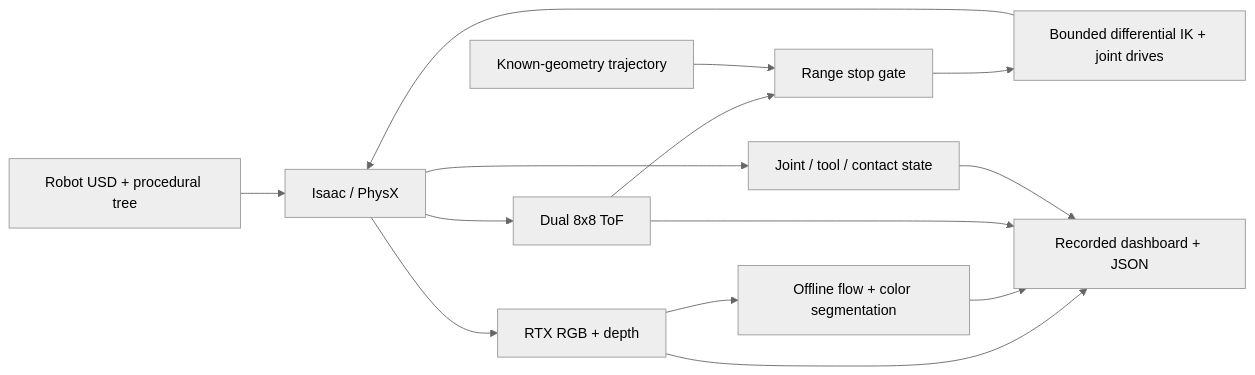
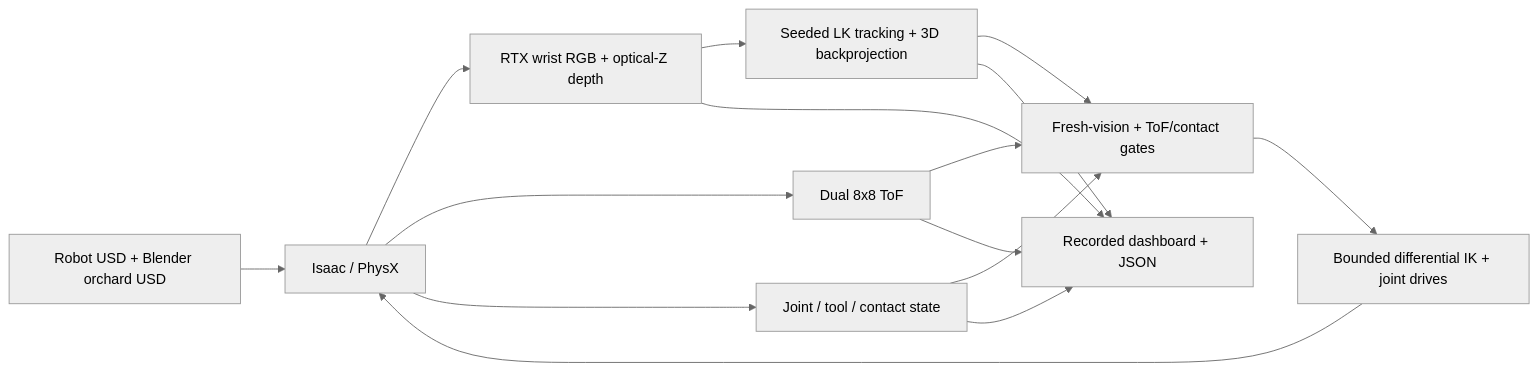
Before and after one commit to joses2017smjh/isaac-sim-pruning-workflow: the diagram in README.md, drawn with Mermaid (neutral theme). The commit also changed other lines of this file and 24 other files, not shown here.

````diff
--- a/README.md
+++ b/README.md
@@ -59,16 +59,17 @@
 ```mermaid
 flowchart LR
-    G[Robot USD + procedural tree] --> P[Isaac / PhysX]
+    G[Robot USD + Blender orchard USD] --> P[Isaac / PhysX]
+    P --> R[RTX wrist RGB + optical-Z depth]
+    R --> V[Seeded LK tracking + 3D backprojection]
+    V --> S[Fresh-vision + ToF/contact gates]
     P --> T[Dual 8x8 ToF]
-    T --> S[Range stop gate]
-    K[Known-geometry trajectory] --> S
+    T --> S
+    P --> J[Joint / tool / contact state]
+    J --> S
     S --> I[Bounded differential IK + joint drives]
     I --> P
-    P --> R[RTX RGB + depth]
-    P --> J[Joint / tool / contact state]
-    R --> C[Offline flow + color segmentation]
     R --> D[Recorded dashboard + JSON]
-    C --> D
+    V --> D
     T --> D
     J --> D
 ```
````
